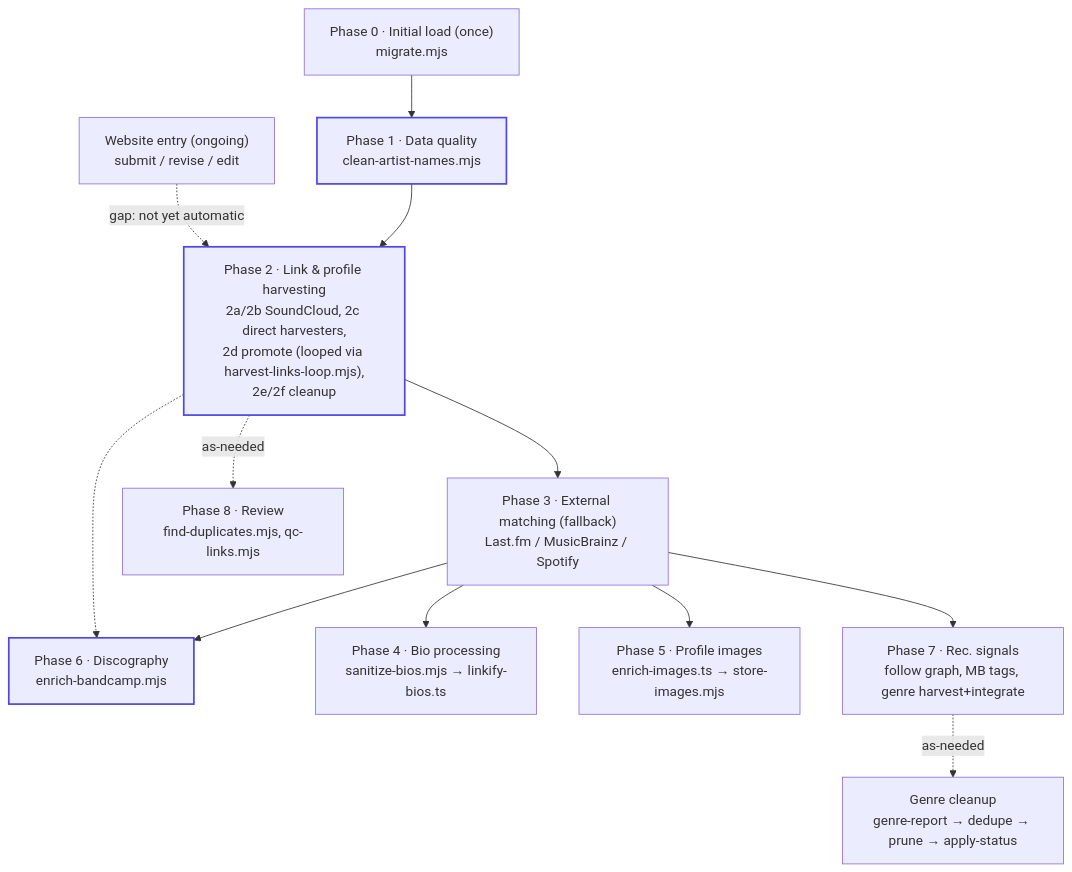
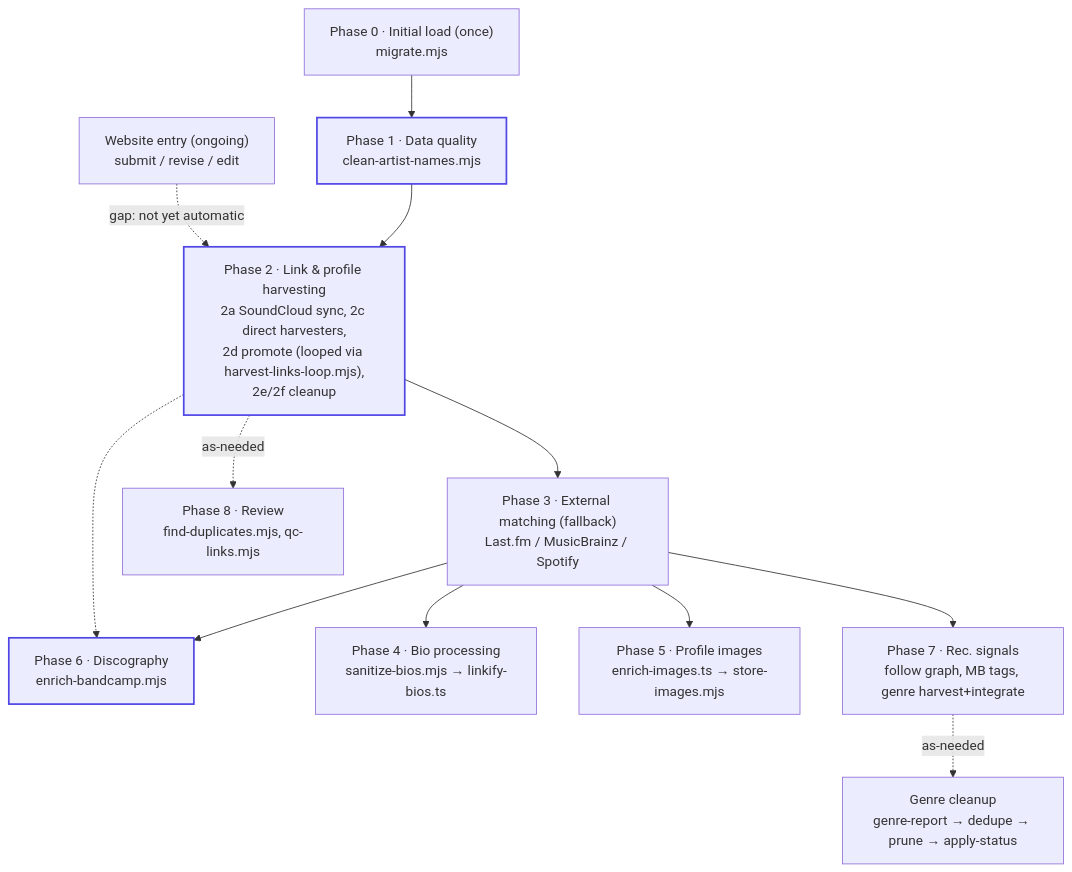
One commit to maisiebird2/rebalance-gender changed the diagram in scripts/PIPELINE.md. Above: the diagram before and after it, drawn with Mermaid. The commit also changed other lines of this file and 15 other files, not shown here.

Commit message:
SoundCloud sync refactor

````diff
--- a/scripts/PIPELINE.md
+++ b/scripts/PIPELINE.md
@@ -24,21 +24,21 @@
 ```mermaid
 flowchart TD
     P0["Phase 0 · Initial load (once)<br/>migrate.mjs"] --> P1
     WEB["Website entry (ongoing)<br/>submit / revise / edit"] -. "gap: not yet automatic" .-> P2
     P1["Phase 1 · Data quality<br/>clean-artist-names.mjs"] --> P2
-    P2["Phase 2 · Link &amp; profile harvesting<br/>2a/2b SoundCloud, 2c direct harvesters,<br/>2d promote (looped via harvest-links-loop.mjs),<br/>2e/2f cleanup"] --> P3
+    P2["Phase 2 · Link &amp; profile harvesting<br/>2a SoundCloud sync, 2c direct harvesters,<br/>2d promote (looped via harvest-links-loop.mjs),<br/>2e/2f cleanup"] --> P3
     P2 -.-> P6
     P3["Phase 3 · External matching (fallback)<br/>Last.fm / MusicBrainz / Spotify"] --> P4
     P3 --> P5
     P3 --> P6
     P3 --> P7
     P4["Phase 4 · Bio processing<br/>sanitize-bios.mjs → linkify-bios.ts"]
     P5["Phase 5 · Profile images<br/>enrich-images.ts → store-images.mjs"]
     P6["Phase 6 · Discography<br/>enrich-bandcamp.mjs"]
     P7["Phase 7 · Rec. signals<br/>follow graph, MB tags, genre harvest+integrate"]
     P2 -. as-needed .-> P8["Phase 8 · Review<br/>find-duplicates.mjs, qc-links.mjs"]
     P7 -. as-needed .-> P8G["Genre cleanup<br/>genre-report → dedupe → prune → apply-status"]
 
     classDef orchestrated stroke:#4f46e5,stroke-width:2px;
     class P1,P2,P6 orchestrated;
 ```
````
